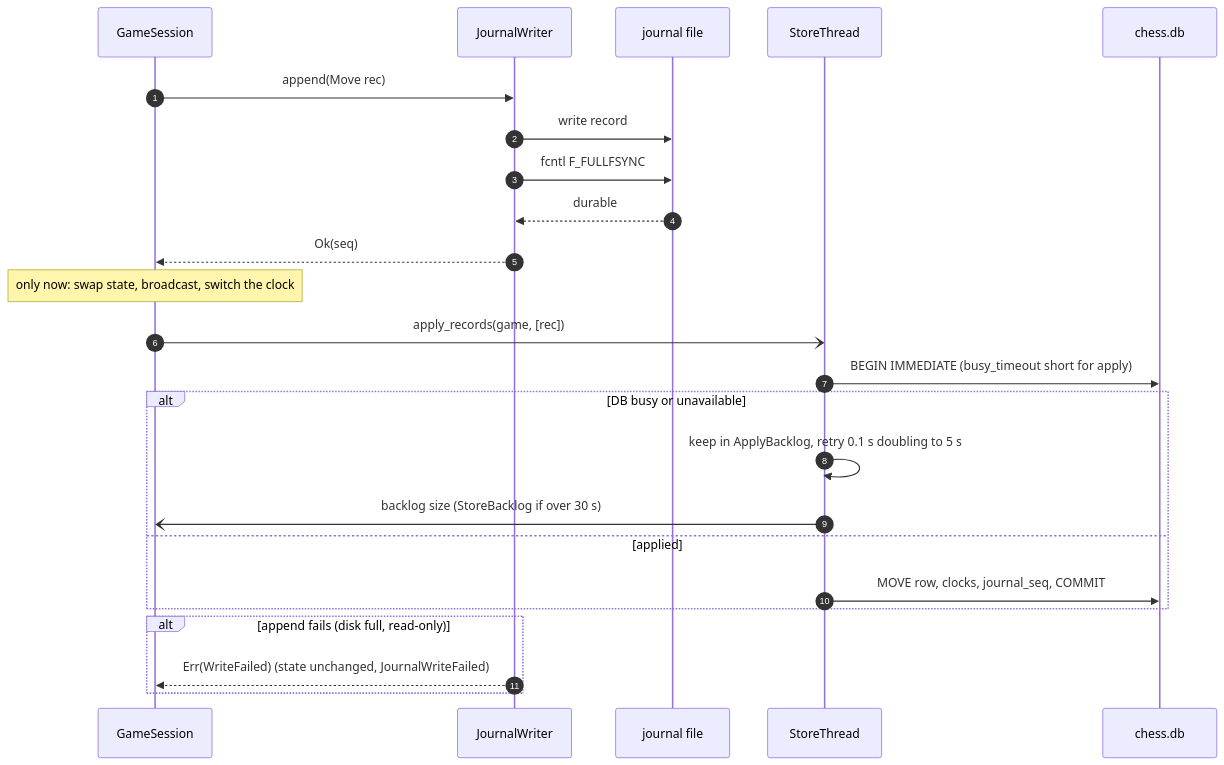
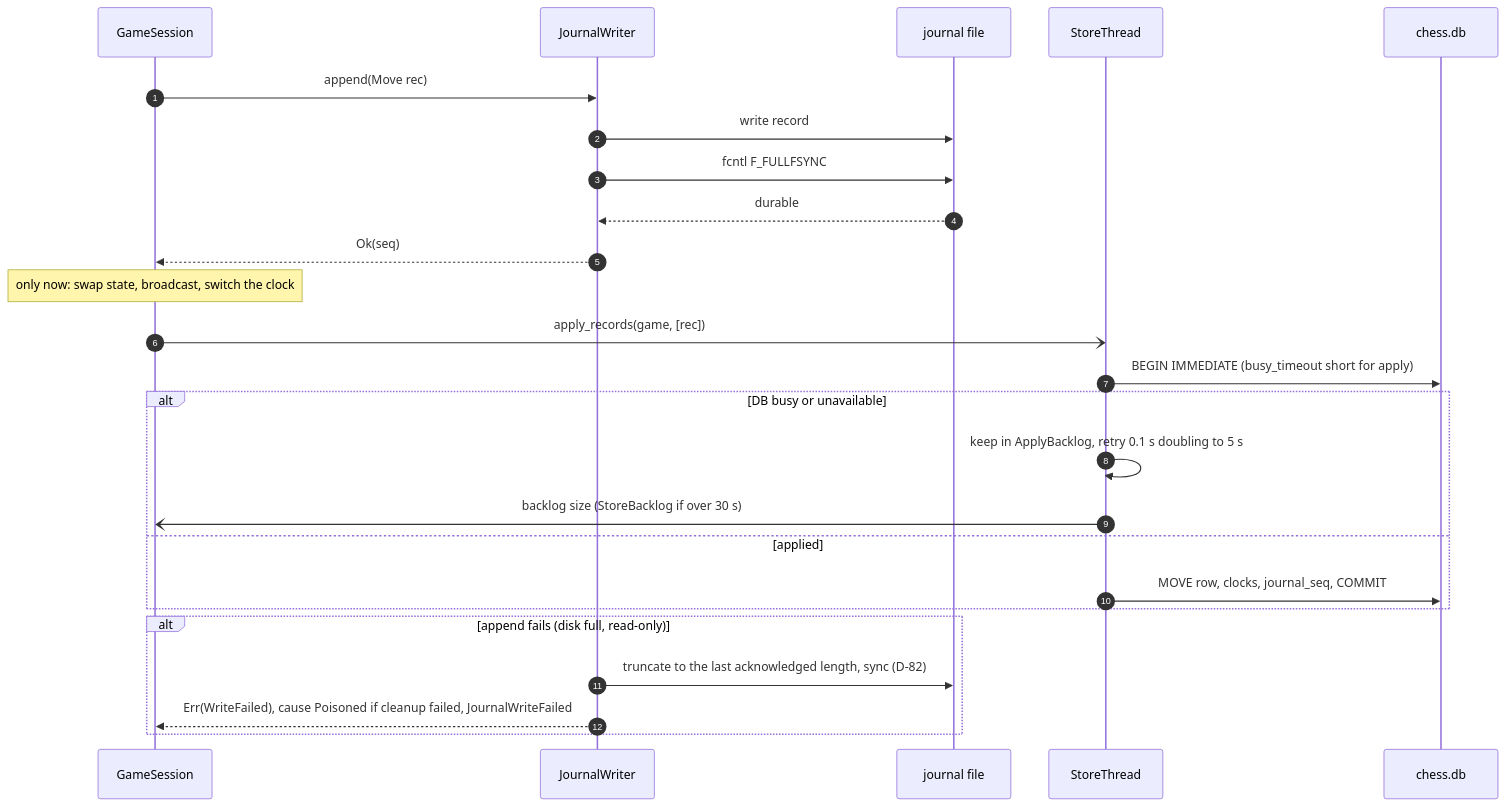
One commit to bprascher/chess changed the fifth of 7 diagrams in docs/design/SDD-chess-store.md. Above: the diagram before and after it, drawn with Mermaid. The commit also changed other lines of this file and 16 other files, not shown here.

````diff
--- a/docs/design/SDD-chess-store.md
+++ b/docs/design/SDD-chess-store.md
@@ -645,26 +652,27 @@
 ```mermaid
 sequenceDiagram
     autonumber
     participant S as GameSession
     participant W as JournalWriter
     participant J as journal file
     participant T as StoreThread
     participant DB as chess.db
     S->>W: append(Move rec)
     W->>J: write record
     W->>J: fcntl F_FULLFSYNC
     J-->>W: durable
     W-->>S: Ok(seq)
     Note over S: only now: swap state, broadcast, switch the clock
     S-)T: apply_records(game, [rec])
     T->>DB: BEGIN IMMEDIATE (busy_timeout short for apply)
     alt DB busy or unavailable
         T->>T: keep in ApplyBacklog, retry 0.1 s doubling to 5 s
         T-)S: backlog size (StoreBacklog if over 30 s)
     else applied
         T->>DB: MOVE row, clocks, journal_seq, COMMIT
     end
     alt append fails (disk full, read-only)
-        W-->>S: Err(WriteFailed)  (state unchanged, JournalWriteFailed)
+        W->>J: truncate to the last acknowledged length, sync (D-82)
+        W-->>S: Err(WriteFailed), cause Poisoned if cleanup failed, JournalWriteFailed
     end
 ```
````
